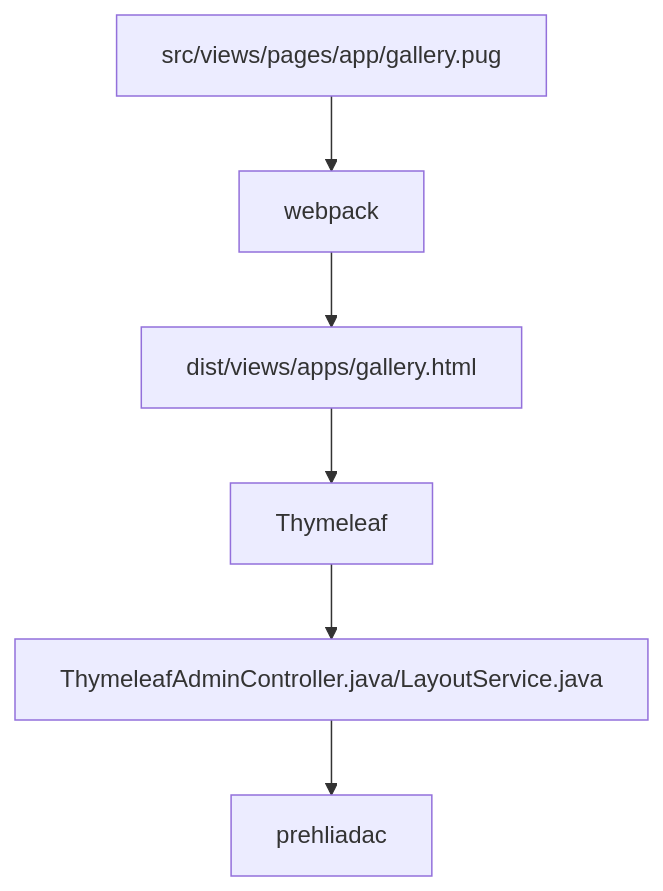
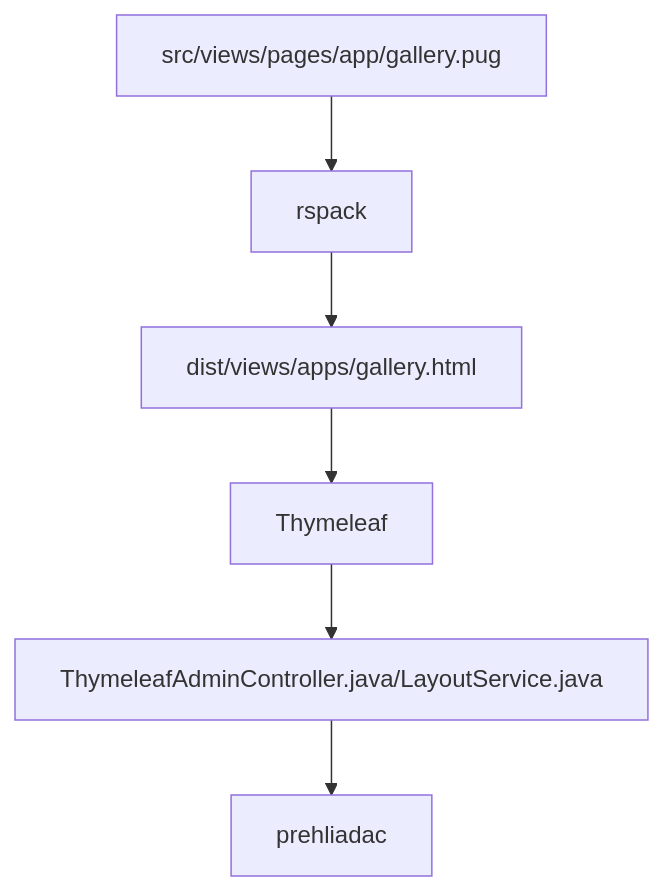
One commit to webjetcms/webjetcms changed the diagram in docs/sk/developer/frameworks/README.md. Above: the diagram before and after it, drawn with Mermaid. The commit also changed other lines of this file and 16 other files, not shown here.

````diff
--- a/docs/sk/developer/frameworks/README.md
+++ b/docs/sk/developer/frameworks/README.md
@@ -14,8 +14,8 @@
 ```mermaid
 graph TD;
-    src/views/pages/app/gallery.pug-->webpack
-    webpack-->dist/views/apps/gallery.html
+    src/views/pages/app/gallery.pug-->rspack
+    rspack-->dist/views/apps/gallery.html
     dist/views/apps/gallery.html-->Thymeleaf
     Thymeleaf-->ThymeleafAdminController.java/LayoutService.java
     ThymeleafAdminController.java/LayoutService.java-->prehliadac
 ```
````
